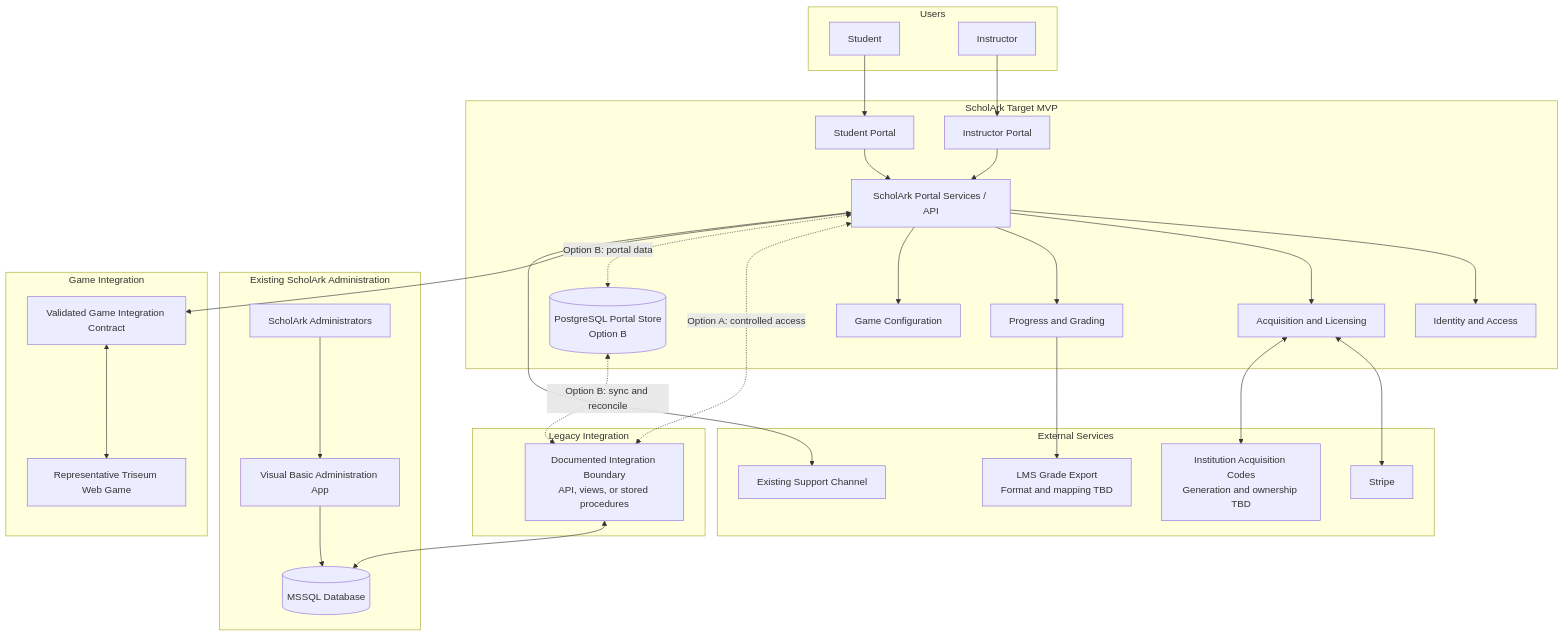
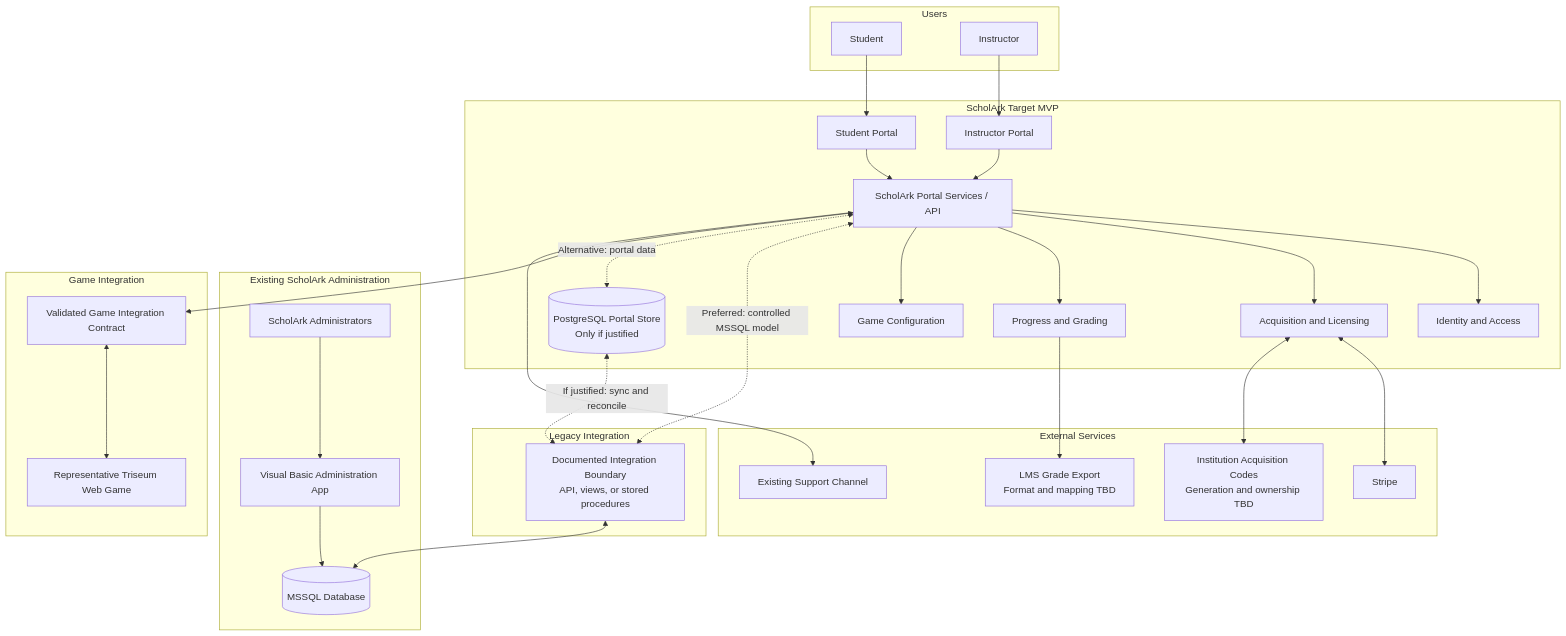
Before and after one commit to bitmate-inc/triseum-scholark: the diagram in doc/architecture.md, drawn with Mermaid. The commit also changed other lines of this file and 2 other files, not shown here.

Commit message:
doc: add admin app companion document

````diff
--- a/doc/architecture.md
+++ b/doc/architecture.md
@@ -9,61 +9,61 @@
 ```mermaid
 flowchart TB
     subgraph Users["Users"]
         Student["Student"]
         Instructor["Instructor"]
     end
 
     subgraph MVP["ScholArk Target MVP"]
         StudentPortal["Student Portal"]
         InstructorPortal["Instructor Portal"]
         PortalAPI["ScholArk Portal Services / API"]
-        PortalData[("PostgreSQL Portal Store<br/>Option B")]
+        PortalData[("PostgreSQL Portal Store<br/>Only if justified")]
         Identity["Identity and Access"]
         Acquisition["Acquisition and Licensing"]
         Progress["Progress and Grading"]
         Config["Game Configuration"]
 
         StudentPortal --> PortalAPI
         InstructorPortal --> PortalAPI
         PortalAPI --> Identity
         PortalAPI --> Acquisition
         PortalAPI --> Progress
         PortalAPI --> Config
     end
 
     subgraph Existing["Existing ScholArk Administration"]
         AdminUsers["ScholArk Administrators"]
         VBApp["Visual Basic Administration App"]
         MSSQL[("MSSQL Database")]
         AdminUsers --> VBApp --> MSSQL
     end
 
     subgraph LegacyIntegration["Legacy Integration"]
         Boundary["Documented Integration Boundary<br/>API, views, or stored procedures"]
     end
 
     subgraph Games["Game Integration"]
         GameAdapter["Validated Game Integration Contract"]
         WebGame["Representative Triseum Web Game"]
         GameAdapter <--> WebGame
     end
 
     subgraph External["External Services"]
         Support["Existing Support Channel"]
         GradeExport["LMS Grade Export<br/>Format and mapping TBD"]
         Stripe["Stripe"]
         InstitutionCode["Institution Acquisition Codes<br/>Generation and ownership TBD"]
     end
 
     Student --> StudentPortal
     Instructor --> InstructorPortal
-    PortalAPI <-. "Option A: controlled access" .-> Boundary
-    PortalAPI <-. "Option B: portal data" .-> PortalData
-    PortalData <-. "Option B: sync and reconcile" .-> Boundary
+    PortalAPI <-. "Preferred: controlled MSSQL model" .-> Boundary
+    PortalAPI <-. "Alternative: portal data" .-> PortalData
+    PortalData <-. "If justified: sync and reconcile" .-> Boundary
     Boundary <--> MSSQL
     PortalAPI <--> GameAdapter
     PortalAPI --> Support
     Progress --> GradeExport
     Acquisition <--> Stripe
     Acquisition <--> InstitutionCode
 ```
````
